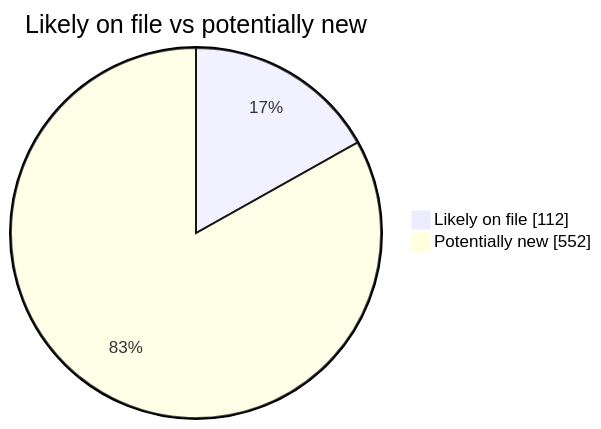
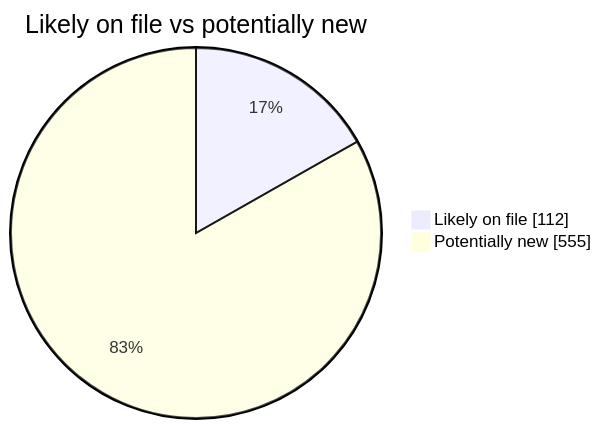
Before and after one commit to martinbalfanz/social-scanner-reports: the second of 4 diagrams in README.md, drawn with Mermaid. The commit also changed other lines of this file and 4 other files, not shown here.

````diff
--- a/README.md
+++ b/README.md
@@ -40,5 +40,5 @@
 ```mermaid
 pie showData title Likely on file vs potentially new
     "Likely on file" : 112
-    "Potentially new" : 552
+    "Potentially new" : 555
 ```
````
